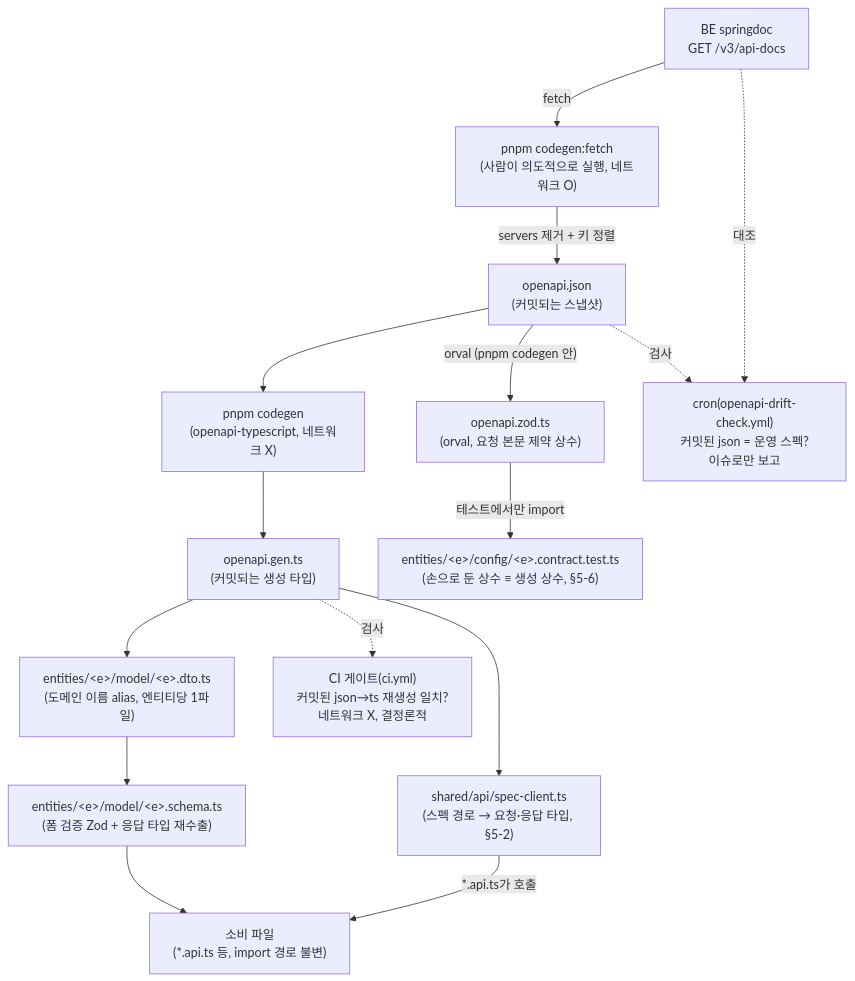
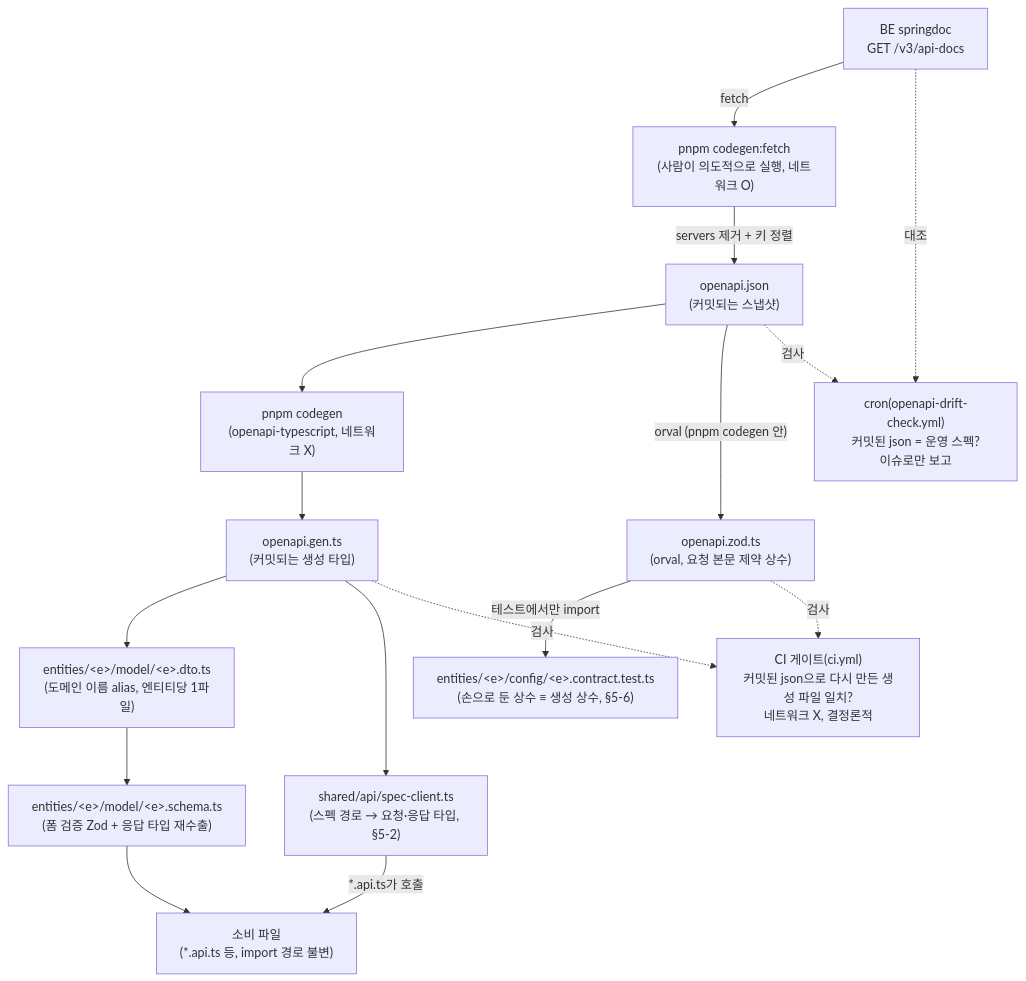
The first of 2 diagrams in docs/OPENAPI-CODEGEN.md (BAECHAN/link-sphere_FE_NEW), drawn with Mermaid before and after one commit. The commit also changed other lines of this file and 17 other files, not shown here.

````diff
--- a/docs/OPENAPI-CODEGEN.md
+++ b/docs/OPENAPI-CODEGEN.md
@@ -36,25 +36,26 @@
 ```mermaid
 flowchart TD
     BE["BE springdoc<br/>GET /v3/api-docs"]
     FETCH["pnpm codegen:fetch<br/>(사람이 의도적으로 실행, 네트워크 O)"]
     JSON["openapi.json<br/>(커밋되는 스냅샷)"]
     CODEGEN["pnpm codegen<br/>(openapi-typescript, 네트워크 X)"]
     GEN["openapi.gen.ts<br/>(커밋되는 생성 타입)"]
     DTO["entities/&lt;e&gt;/model/&lt;e&gt;.dto.ts<br/>(도메인 이름 alias, 엔티티당 1파일)"]
     SCHEMA["entities/&lt;e&gt;/model/&lt;e&gt;.schema.ts<br/>(폼 검증 Zod + 응답 타입 재수출)"]
     CONSUMERS["소비 파일<br/>(*.api.ts 등, import 경로 불변)"]
     SPEC["shared/api/spec-client.ts<br/>(스펙 경로 → 요청·응답 타입, §5-2)"]
     ZOD["openapi.zod.ts<br/>(orval, 요청 본문 제약 상수)"]
     CT["entities/&lt;e&gt;/config/&lt;e&gt;.contract.test.ts<br/>(손으로 둔 상수 ≡ 생성 상수, §5-6)"]
 
     BE -->|fetch| FETCH -->|"servers 제거 + 키 정렬"| JSON
     JSON --> CODEGEN --> GEN --> DTO --> SCHEMA --> CONSUMERS
     GEN --> SPEC -->|"*.api.ts가 호출"| CONSUMERS
     JSON -->|"orval (pnpm codegen 안)"| ZOD -->|"테스트에서만 import"| CT
 
-    L1["CI 게이트(ci.yml)<br/>커밋된 json→ts 재생성 일치?<br/>네트워크 X, 결정론적"]
+    L1["CI 게이트(ci.yml)<br/>커밋된 json으로 다시 만든 생성 파일 일치?<br/>네트워크 X, 결정론적"]
     L2["cron(openapi-drift-check.yml)<br/>커밋된 json = 운영 스펙?<br/>이슈로만 보고"]
     GEN -.검사.-> L1
+    ZOD -.검사.-> L1
     JSON -.검사.-> L2
     BE -.대조.-> L2
 ```
````
